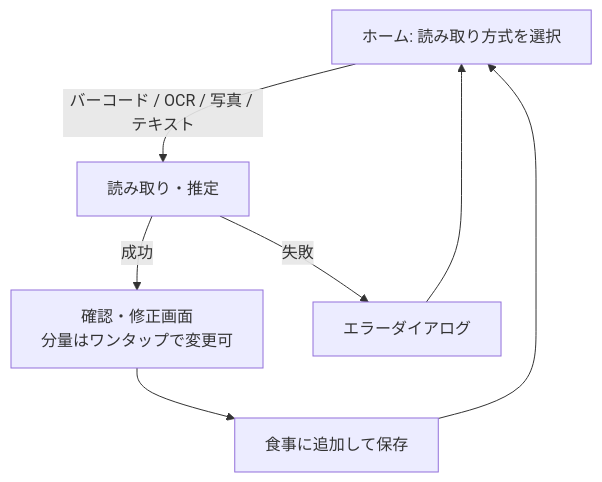
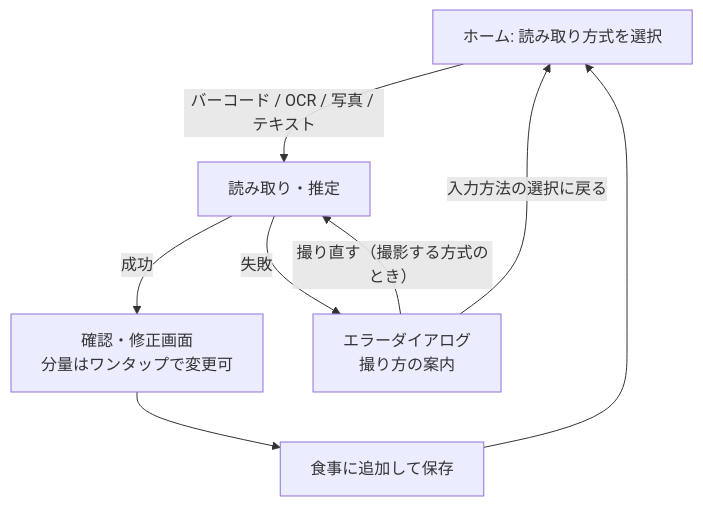
The diagram in docs/01_requirements/scope.md (t-teieki/onaka-log), drawn with Mermaid before and after one commit. The commit also changed other lines of this file and 6 other files, not shown here.

````diff
--- a/docs/01_requirements/scope.md
+++ b/docs/01_requirements/scope.md
@@ -41,9 +44,10 @@
 ```mermaid
 flowchart TD
     Home[ホーム: 読み取り方式を選択] -->|バーコード / OCR / 写真 / テキスト| Get[読み取り・推定]
     Get -->|成功| Confirm[確認・修正画面<br>分量はワンタップで変更可]
-    Get -->|失敗| Err[エラーダイアログ]
-    Err --> Home
+    Get -->|失敗| Err[エラーダイアログ<br>撮り方の案内]
+    Err -->|撮り直す（撮影する方式のとき）| Get
+    Err -->|入力方法の選択に戻る| Home
     Confirm --> Save[食事に追加して保存]
     Save --> Home
 ```
````
